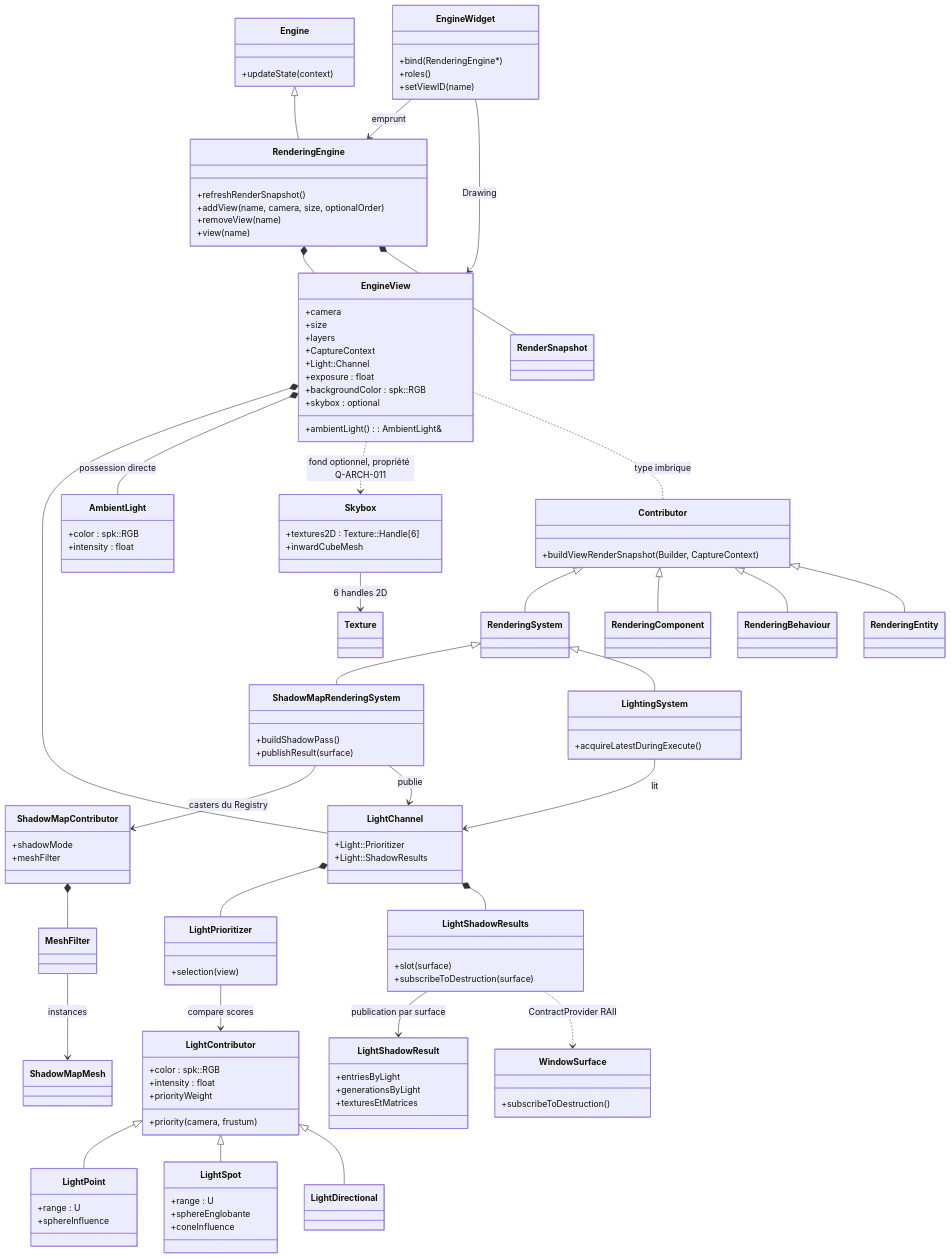
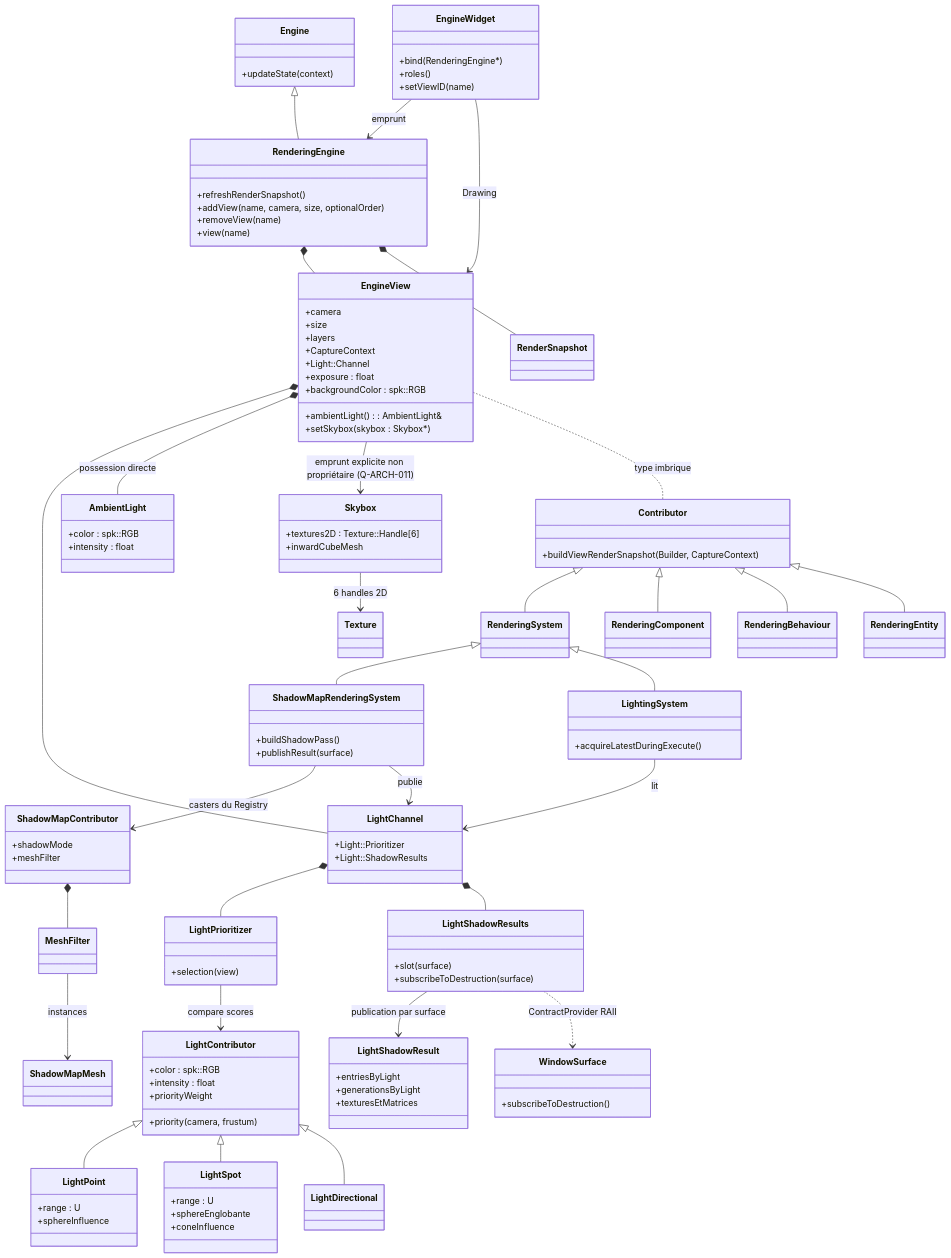
Before and after one commit to EreliaStudio/Sparkle: the first of 9 diagrams in docs/voxel-engine-v0.1.4/07-vues-et-passes.md, drawn with Mermaid. The commit also changed other lines of this file and 5 other files, not shown here.

Commit message:
docs(v0.1.4): close Q-ARCH-011 with reusable non-owning Skybox binding

```diff
--- a/docs/voxel-engine-v0.1.4/07-vues-et-passes.md
+++ b/docs/voxel-engine-v0.1.4/07-vues-et-passes.md
@@ -28,7 +28,7 @@
     +ambientLight() : AmbientLight&
     +exposure : float
     +backgroundColor : spk::RGB
-    +skybox : optional
+    +setSkybox(skybox : Skybox*)
   }
   class AmbientLight {
     +color : spk::RGB
@@ -103,7 +103,7 @@
   RenderingEngine *-- RenderSnapshot
   EngineView *-- LightChannel
   EngineView *-- AmbientLight : possession directe
-  EngineView ..> Skybox : fond optionnel, propriété Q-ARCH-011
+  EngineView --> Skybox : emprunt explicite non propriétaire (Q-ARCH-011)
   Skybox --> Texture : 6 handles 2D
   EngineView .. Contributor : type imbrique
   Contributor <|-- RenderingSystem
```
